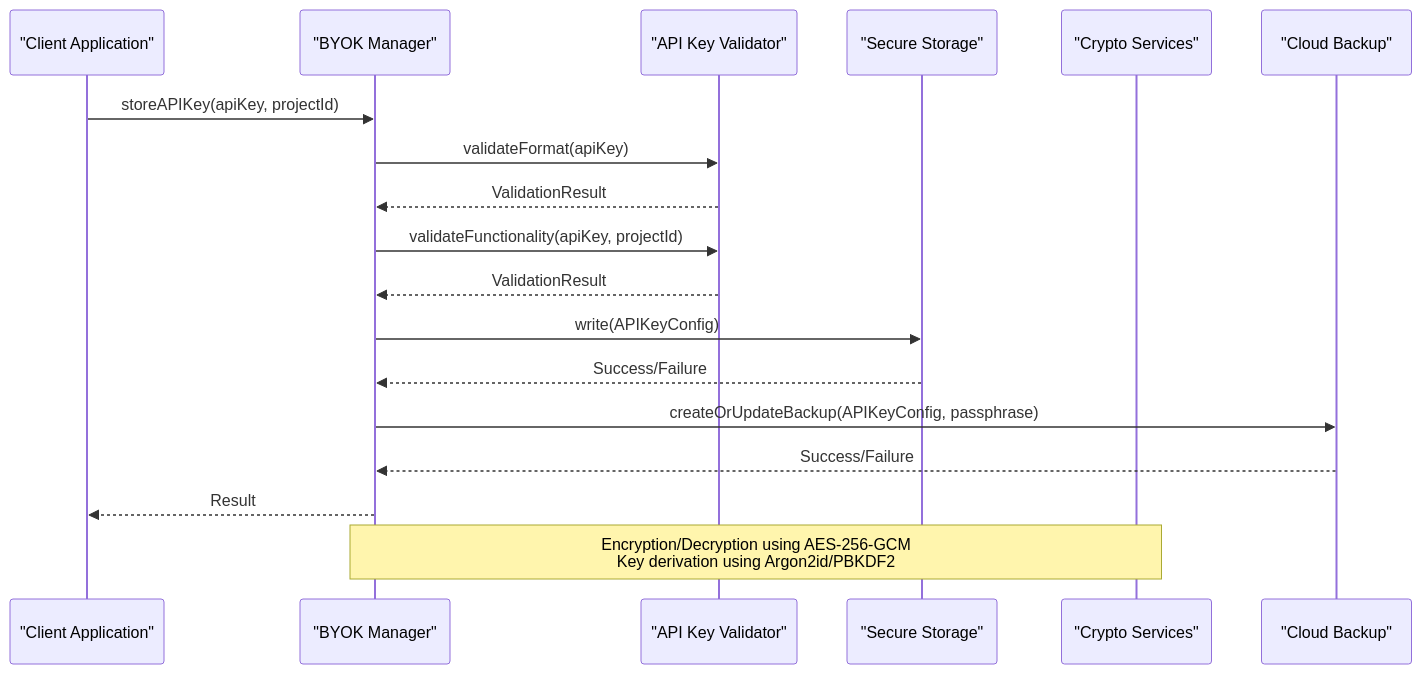
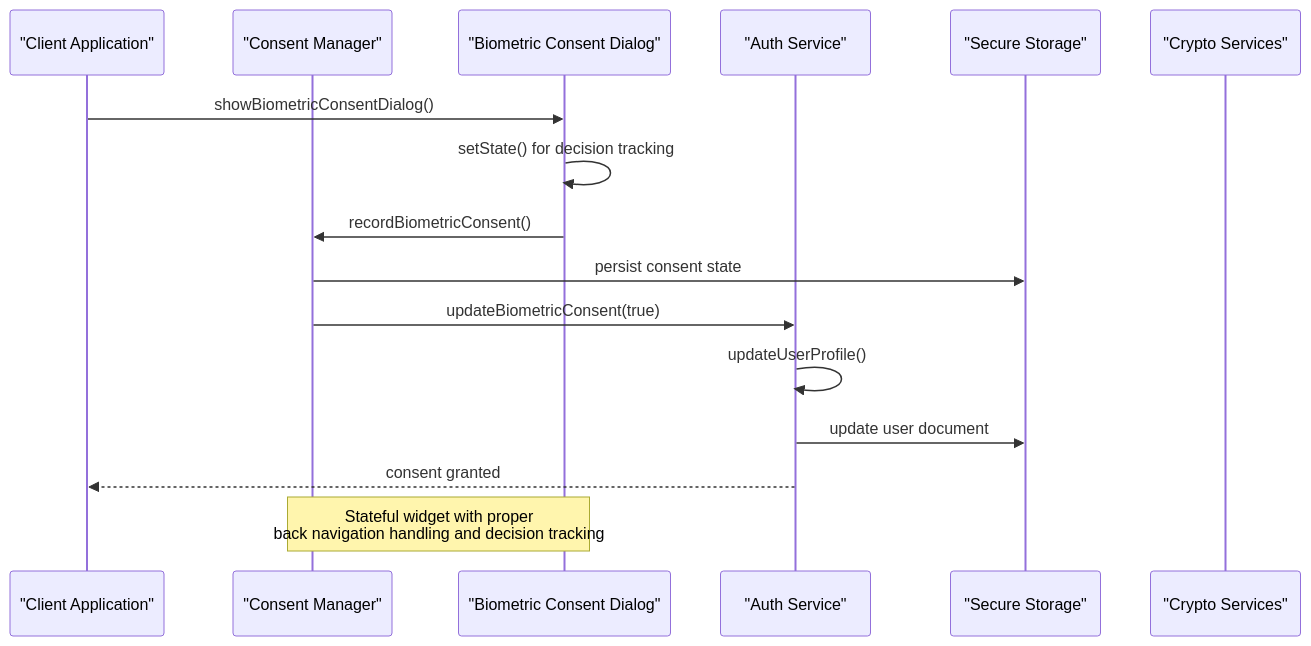
The second of 12 diagrams in .qoder/repowiki/en/content/Core Services/Privacy Services Suite.md (JAaron93/StyleSync), drawn with Mermaid before and after one commit. The commit also changed other lines of this file and 36 other files, not shown here.

````diff
--- a/.qoder/repowiki/en/content/Core Services/Privacy Services Suite.md
+++ b/.qoder/repowiki/en/content/Core Services/Privacy Services Suite.md
@@ -101,20 +142,18 @@
 ```mermaid
 sequenceDiagram
 participant Client as "Client Application"
-participant BYOK as "BYOK Manager"
-participant Validator as "API Key Validator"
+participant Consent as "Consent Manager"
+participant Dialog as "Biometric Consent Dialog"
+participant Auth as "Auth Service"
 participant Storage as "Secure Storage"
 participant Crypto as "Crypto Services"
-participant Cloud as "Cloud Backup"
-Client->>BYOK : storeAPIKey(apiKey, projectId)
-BYOK->>Validator : validateFormat(apiKey)
-Validator-->>BYOK : ValidationResult
-BYOK->>Validator : validateFunctionality(apiKey, projectId)
-Validator-->>BYOK : ValidationResult
-BYOK->>Storage : write(APIKeyConfig)
-Storage-->>BYOK : Success/Failure
-BYOK->>Cloud : createOrUpdateBackup(APIKeyConfig, passphrase)
-Cloud-->>BYOK : Success/Failure
-BYOK-->>Client : Result
-Note over BYOK,Crypto : Encryption/Decryption using AES-256-GCM<br/>Key derivation using Argon2id/PBKDF2
+Client->>Dialog : showBiometricConsentDialog()
+Dialog->>Dialog : setState() for decision tracking
+Dialog->>Consent : recordBiometricConsent()
+Consent->>Storage : persist consent state
+Consent->>Auth : updateBiometricConsent(true)
+Auth->>Auth : updateUserProfile()
+Auth->>Storage : update user document
+Auth-->>Client : consent granted
+Note over Dialog,Consent : Stateful widget with proper<br/>back navigation handling and decision tracking
 ```
````
